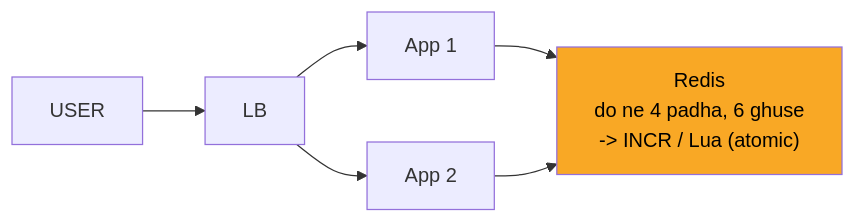
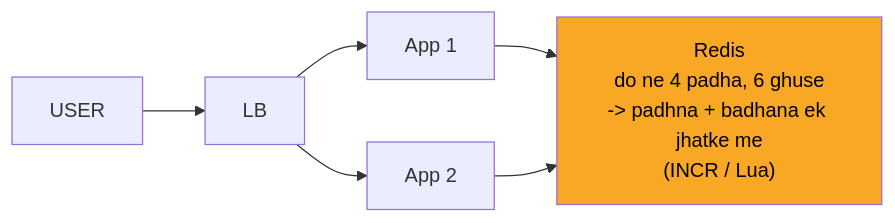
Before and after one commit to ArpanMaheshwari144/Prep: the third of 11 diagrams in 04_HLD/SYSTEM_DESIGNS/02_rate_limiter/02_rate_limiter.md, drawn with Mermaid. The commit also changed other lines of this file and 13 other files, not shown here.

````diff
--- a/04_HLD/SYSTEM_DESIGNS/02_rate_limiter/02_rate_limiter.md
+++ b/04_HLD/SYSTEM_DESIGNS/02_rate_limiter/02_rate_limiter.md
@@ -152,14 +152,14 @@
 ```mermaid
 flowchart LR
     n_USER["USER"]
     n_LB["LB"]
     n_App_x_N_1["App 1"]
     n_App_x_N_2["App 2"]
-    n_Redis["Redis<br/>do ne 4 padha, 6 ghuse<br/>-> INCR / Lua (atomic)"]
+    n_Redis["Redis<br/>do ne 4 padha, 6 ghuse<br/>-> padhna + badhana ek jhatke me<br/>(INCR / Lua)"]
     n_USER --> n_LB
     n_LB --> n_App_x_N_1
     n_LB --> n_App_x_N_2
     n_App_x_N_1 --> n_Redis
     n_App_x_N_2 --> n_Redis
     style n_Redis fill:#f9a825,color:#000
 ```
````
